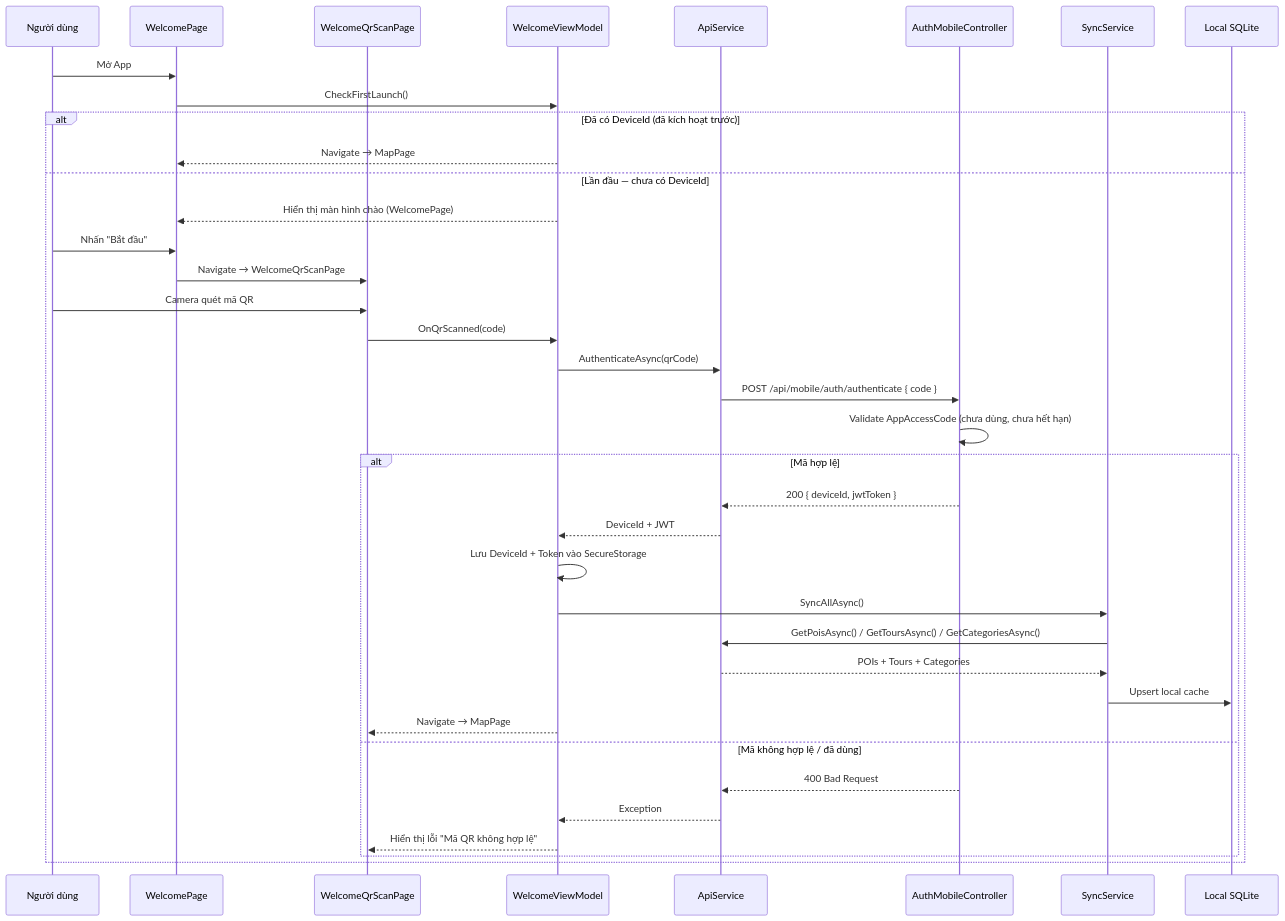
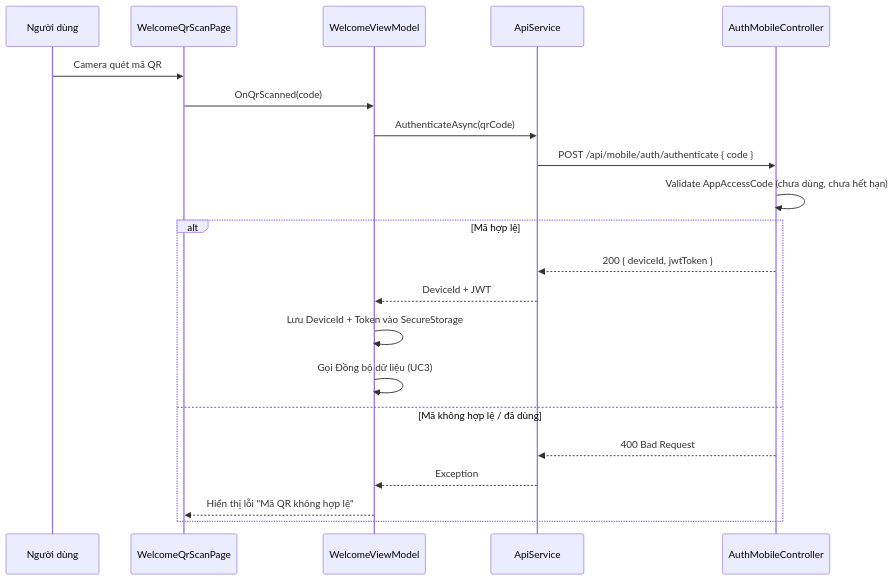
One commit to AudioGo-Project/AudioGo changed the ninth of 46 diagrams in PRD.md. Above: the diagram before and after it, drawn with Mermaid. The commit also changed other lines of this file, not shown here.

Commit message:
docs: Split Mobile sequence diagrams by UC and add POI priority logic in Geofence sequence

````diff
--- a/PRD.md
+++ b/PRD.md
@@ -1579,43 +861,25 @@
 ```mermaid
 sequenceDiagram
     participant MobileUser as Người dùng
-    participant Welcome as WelcomePage
     participant QrPage as WelcomeQrScanPage
     participant VM as WelcomeViewModel
     participant API as ApiService
     participant AuthCtrl as AuthMobileController
-    participant SyncSvc as SyncService
-    participant DB as Local SQLite
 
-    MobileUser ->> Welcome: Mở App
-    Welcome ->> VM: CheckFirstLaunch()
+    MobileUser ->> QrPage: Camera quét mã QR
+    QrPage ->> VM: OnQrScanned(code)
+    VM ->> API: AuthenticateAsync(qrCode)
+    API ->> AuthCtrl: POST /api/mobile/auth/authenticate { code }
+    AuthCtrl ->> AuthCtrl: Validate AppAccessCode (chưa dùng, chưa hết hạn)
 
-    alt Đã có DeviceId (đã kích hoạt trước)
-        VM -->> Welcome: Navigate → MapPage
-    else Lần đầu — chưa có DeviceId
-        VM -->> Welcome: Hiển thị màn hình chào (WelcomePage)
-        MobileUser ->> Welcome: Nhấn "Bắt đầu"
-        Welcome ->> QrPage: Navigate → WelcomeQrScanPage
-
-        MobileUser ->> QrPage: Camera quét mã QR
-        QrPage ->> VM: OnQrScanned(code)
-        VM ->> API: AuthenticateAsync(qrCode)
-        API ->> AuthCtrl: POST /api/mobile/auth/authenticate { code }
-        AuthCtrl ->> AuthCtrl: Validate AppAccessCode (chưa dùng, chưa hết hạn)
-
-        alt Mã hợp lệ
-            AuthCtrl -->> API: 200 { deviceId, jwtToken }
-            API -->> VM: DeviceId + JWT
-            VM ->> VM: Lưu DeviceId + Token vào SecureStorage
-            VM ->> SyncSvc: SyncAllAsync()
-            SyncSvc ->> API: GetPoisAsync() / GetToursAsync() / GetCategoriesAsync()
-            API -->> SyncSvc: POIs + Tours + Categories
-            SyncSvc ->> DB: Upsert local cache
-            VM -->> QrPage: Navigate → MapPage
-        else Mã không hợp lệ / đã dùng
-            AuthCtrl -->> API: 400 Bad Request
-            API -->> VM: Exception
-            VM -->> QrPage: Hiển thị lỗi "Mã QR không hợp lệ"
-        end
+    alt Mã hợp lệ
+        AuthCtrl -->> API: 200 { deviceId, jwtToken }
+        API -->> VM: DeviceId + JWT
+        VM ->> VM: Lưu DeviceId + Token vào SecureStorage
+        VM ->> VM: Gọi Đồng bộ dữ liệu (UC3)
+    else Mã không hợp lệ / đã dùng
+        AuthCtrl -->> API: 400 Bad Request
+        API -->> VM: Exception
+        VM -->> QrPage: Hiển thị lỗi "Mã QR không hợp lệ"
     end
 ```
````
